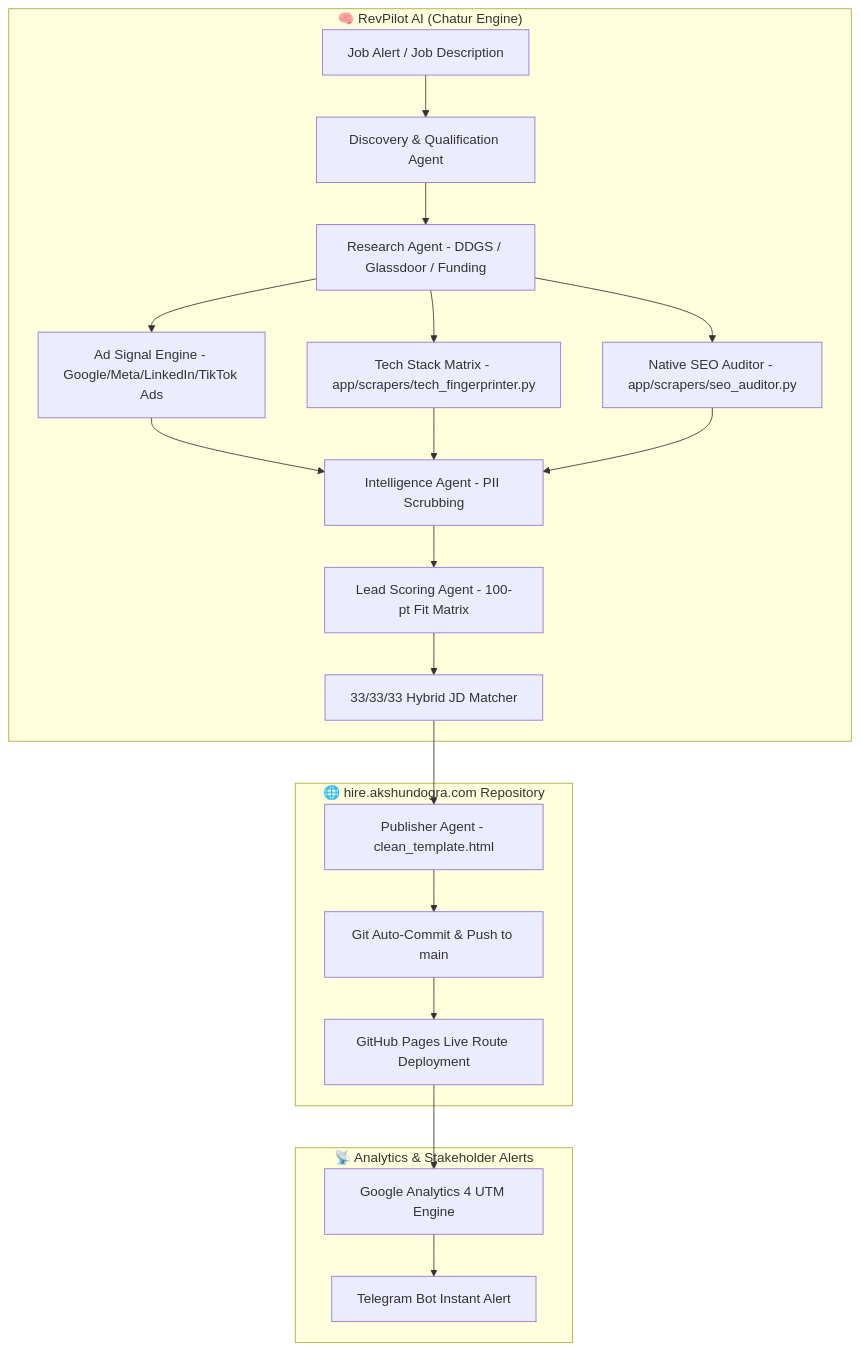
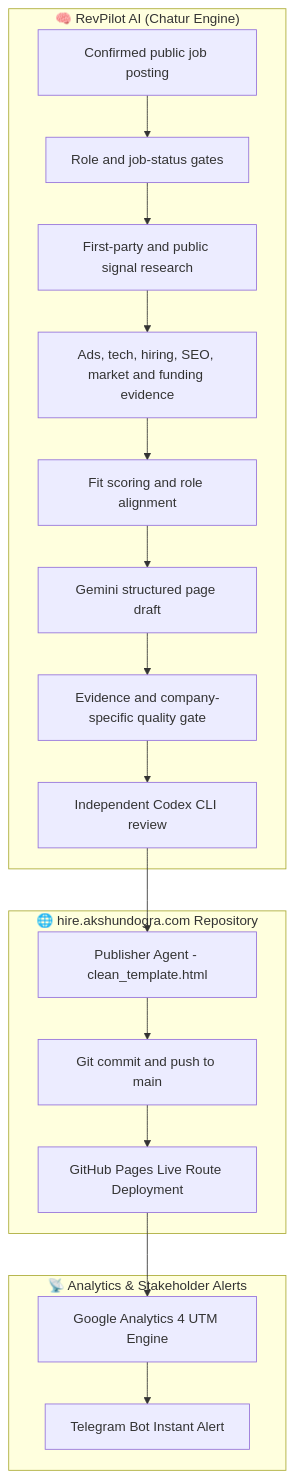
One commit to akshundogra/hire changed the third of 4 diagrams in README.md. Above: the diagram before and after it, drawn with Mermaid. The commit also changed other lines of this file, not shown here.

````diff
--- a/README.md
+++ b/README.md
@@ -81,26 +80,23 @@
 ```mermaid
 graph TD
     subgraph Signal Intelligence Engine ["🧠 RevPilot AI (Chatur Engine)"]
-        JD[Job Alert / Job Description] --> Discovery[Discovery & Qualification Agent]
-        Discovery --> Research[Research Agent - DDGS / Glassdoor / Funding]
-        Research --> AdSignals[Ad Signal Engine - Google/Meta/LinkedIn/TikTok Ads]
-        Research --> TechFingerprint[Tech Stack Matrix - app/scrapers/tech_fingerprinter.py]
-        Research --> SEOAudit[Native SEO Auditor - app/scrapers/seo_auditor.py]
-        AdSignals --> Intel[Intelligence Agent - PII Scrubbing]
-        TechFingerprint --> Intel
-        SEOAudit --> Intel
-        Intel --> Scoring[Lead Scoring Agent - 100-pt Fit Matrix]
-        Scoring --> Matcher[33/33/33 Hybrid JD Matcher]
+        JD[Confirmed public job posting] --> Gate[Role and job-status gates]
+        Gate --> Research[First-party and public signal research]
+        Research --> Signals[Ads, tech, hiring, SEO, market and funding evidence]
+        Signals --> Scoring[Fit scoring and role alignment]
+        Scoring --> Draft[Gemini structured page draft]
+        Draft --> Quality[Evidence and company-specific quality gate]
+        Quality --> Review[Independent Codex CLI review]
     end
 
     subgraph Publisher & Deployment ["🌐 hire.akshundogra.com Repository"]
-        Matcher --> Publisher[Publisher Agent - clean_template.html]
-        Publisher --> GitCommit[Git Auto-Commit & Push to main]
+        Review --> Publisher[Publisher Agent - clean_template.html]
+        Publisher --> GitCommit[Git commit and push to main]
         GitCommit --> GHPages[GitHub Pages Live Route Deployment]
     end
 
     subgraph Real-Time Telemetry ["📡 Analytics & Stakeholder Alerts"]
         GHPages --> GA4[Google Analytics 4 UTM Engine]
         GA4 --> Telegram[Telegram Bot Instant Alert]
     end
 ```
````
